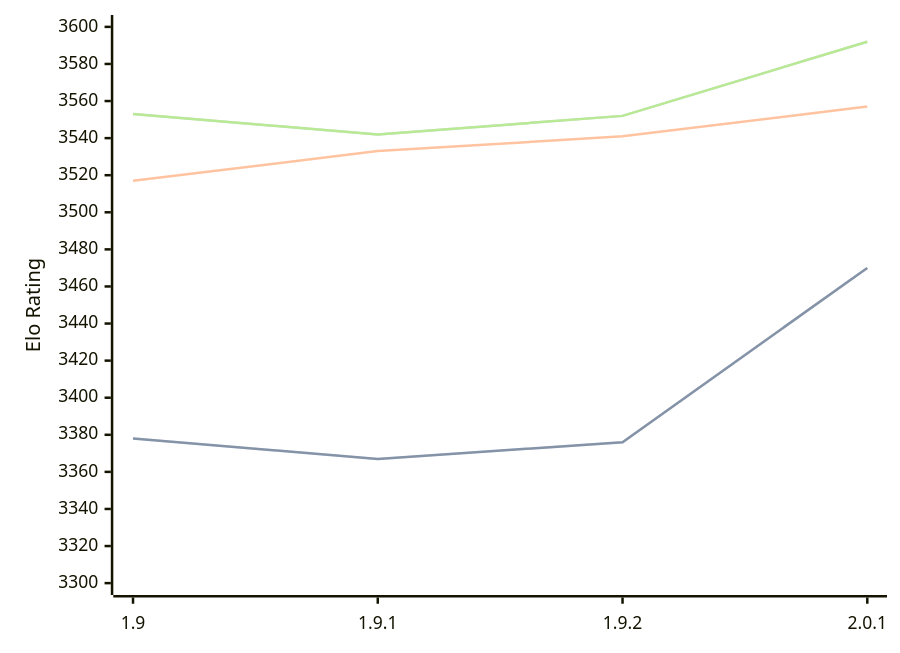
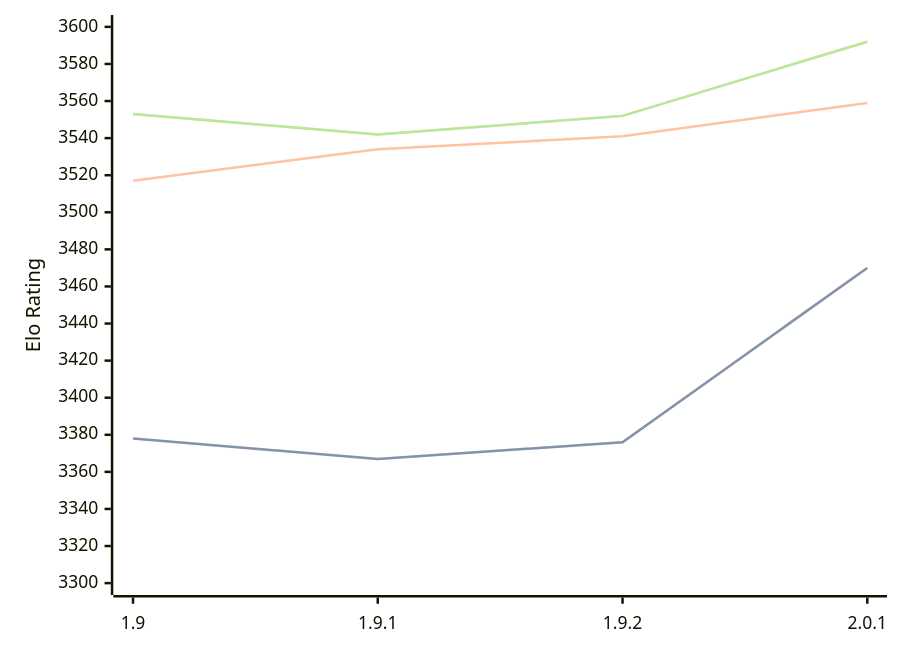
The diagram in engines/Pawnocchio.md (computer-chess-index/cci), drawn with Mermaid before and after one commit. The commit also changed other lines of this file, not shown here.

````diff
--- a/engines/Pawnocchio.md
+++ b/engines/Pawnocchio.md
@@ -36,11 +36,11 @@
 ```mermaid
 %%{init: {"theme":"base","themeVariables":{"seriesColors:['#a3a3a3','#222221','#faa371']}}}%%
 xychart-beta
   x-axis ["1.9", "1.9.1", "1.9.2", "2.0.1"]
   y-axis "Elo Rating" 3300 --> 3600
   line "" [3378, 3367, 3376, 3470]
   line "STC (8.0+0.08s)" [3378, 3367, 3376, 3470]
-  line "LTC (60.0+0.60s)" [3517, 3533, 3541, 3557]
+  line "LTC (60.0+0.60s)" [3517, 3534, 3541, 3559]
   line "" [3553, 3542, 3552, 3592]
   line "VLTC (2m24s+1.12s)" [3553, 3542, 3552, 3592]
 ```
````
